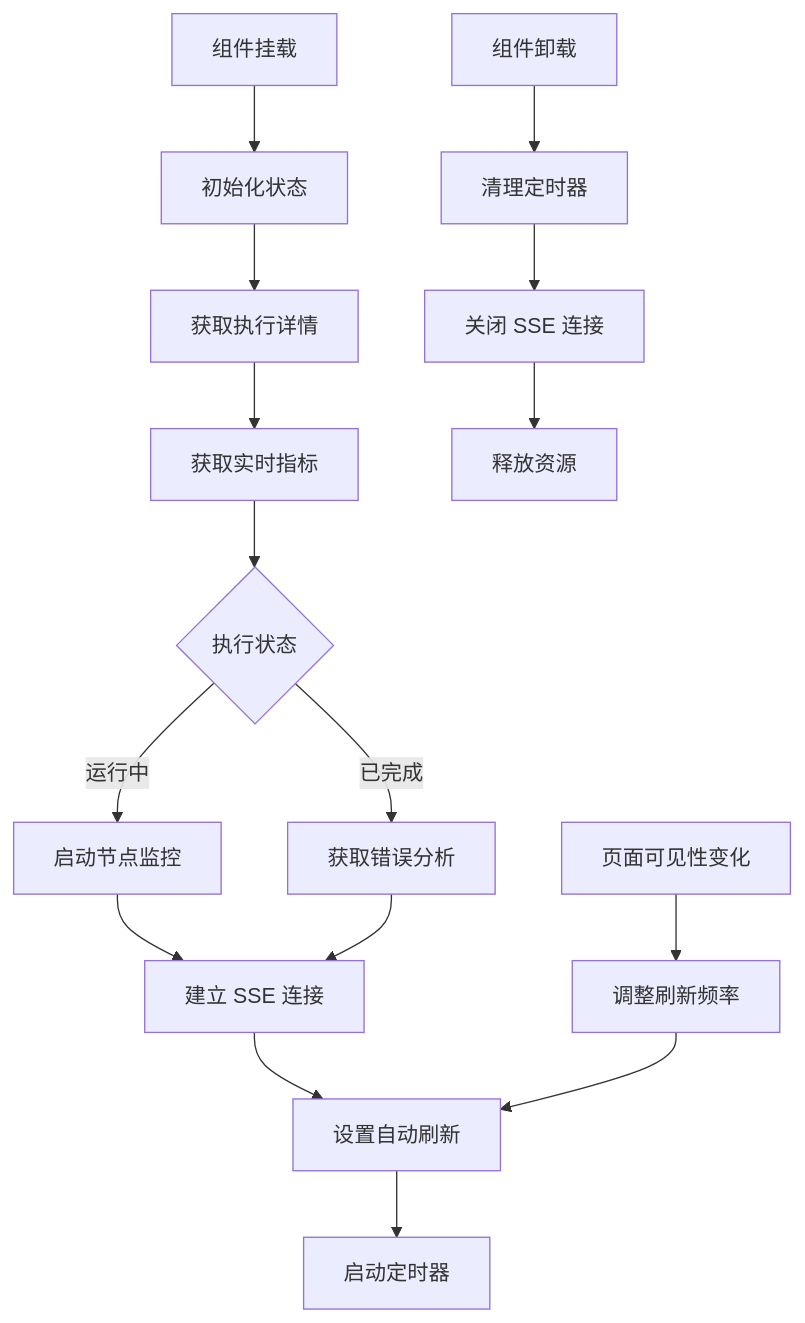
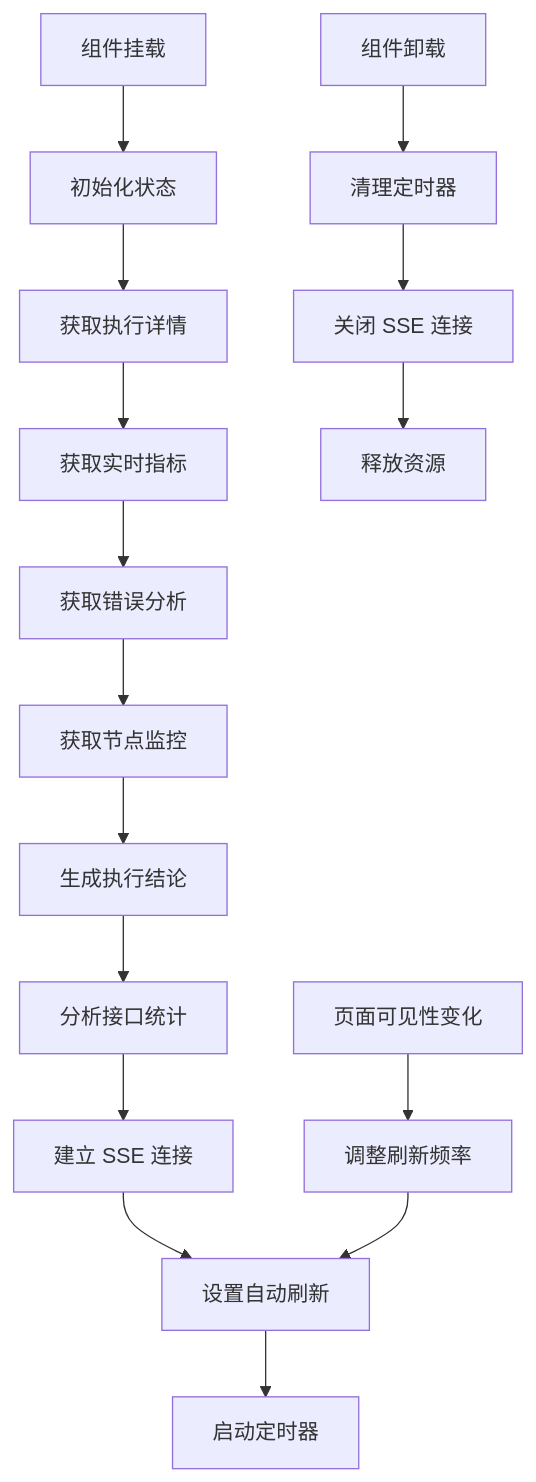
Before and after one commit to Liyuhao02/Jmeter-Admin: the sixth of 23 diagrams in .qoder/repowiki/zh/content/Execution Detail View.md, drawn with Mermaid. The commit also changed other lines of this file and 13 other files, not shown here.

````diff
--- a/.qoder/repowiki/zh/content/Execution Detail View.md
+++ b/.qoder/repowiki/zh/content/Execution Detail View.md
@@ -273,18 +316,18 @@
 ```mermaid
 flowchart TD
 A[组件挂载] --> B[初始化状态]
 B --> C[获取执行详情]
 C --> D[获取实时指标]
-D --> E{执行状态}
-E --> |运行中| F[启动节点监控]
-E --> |已完成| G[获取错误分析]
-F --> H[建立 SSE 连接]
-G --> H
-H --> I[设置自动刷新]
-I --> J[启动定时器]
-K[页面可见性变化] --> L[调整刷新频率]
-L --> I
-M[组件卸载] --> N[清理定时器]
-N --> O[关闭 SSE 连接]
-O --> P[释放资源]
+D --> E[获取错误分析]
+E --> F[获取节点监控]
+F --> G[生成执行结论]
+G --> H[分析接口统计]
+H --> I[建立 SSE 连接]
+I --> J[设置自动刷新]
+J --> K[启动定时器]
+L[页面可见性变化] --> M[调整刷新频率]
+M --> J
+N[组件卸载] --> O[清理定时器]
+O --> P[关闭 SSE 连接]
+P --> Q[释放资源]
 ```
````
